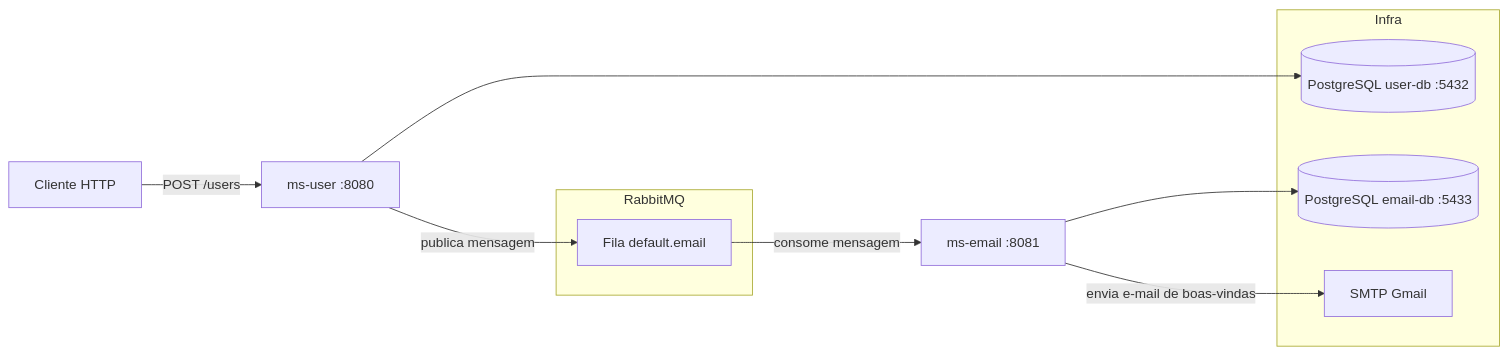
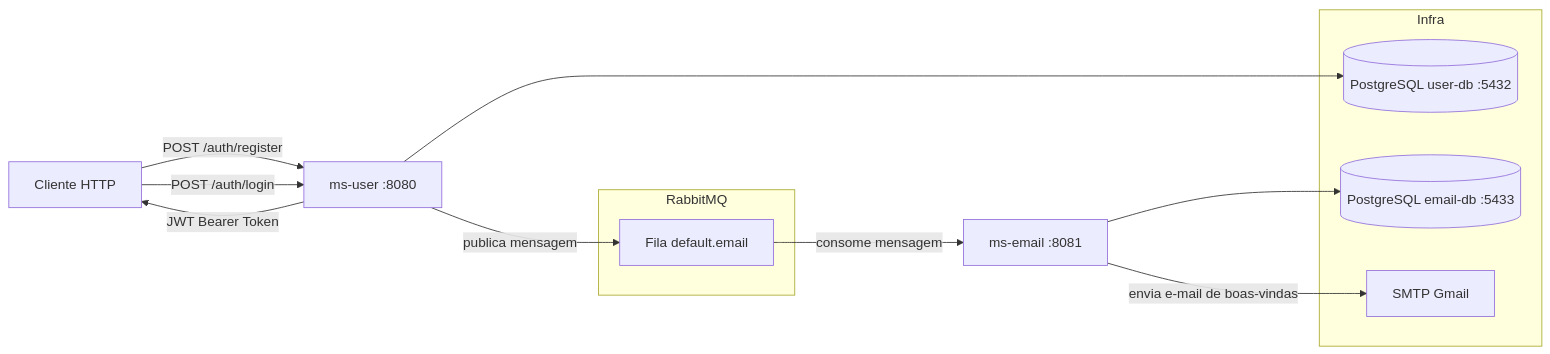
One commit to devHebertfst/microservices changed the diagram in README.md. Above: the diagram before and after it, drawn with Mermaid. The commit also changed other lines of this file, not shown here.

````diff
--- a/README.md
+++ b/README.md
@@ -9,21 +9,24 @@
 ```mermaid
 flowchart LR
-    Client[Cliente HTTP] -->|POST /users| User[ms-user :8080]
+    Client[Cliente HTTP] -->|POST /auth/register| User[ms-user :8080]
+    Client -->|POST /auth/login| User
+
+    User -->|JWT Bearer Token| Client
 
     subgraph RabbitMQ
         Queue[Fila default.email]
     end
 
     User -->|publica mensagem| Queue
     Queue -->|consome mensagem| Email[ms-email :8081]
 
     subgraph Infra
         PgUser[(PostgreSQL user-db :5432)]
         PgEmail[(PostgreSQL email-db :5433)]
         SMTP[SMTP Gmail]
     end
 
     User --> PgUser
     Email --> PgEmail
     Email -->|envia e-mail de boas-vindas| SMTP
 ```
````
